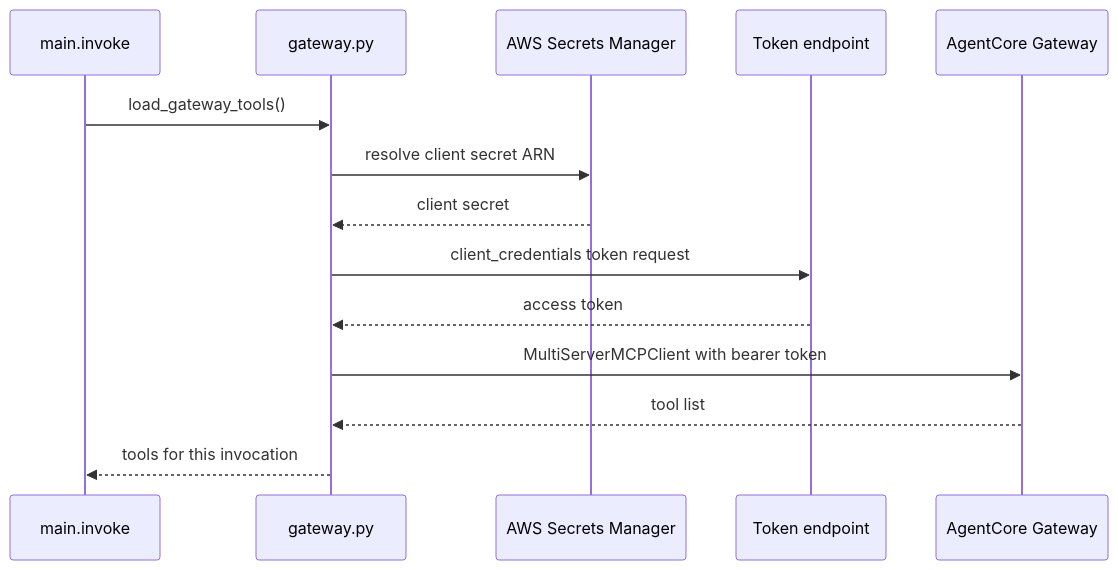
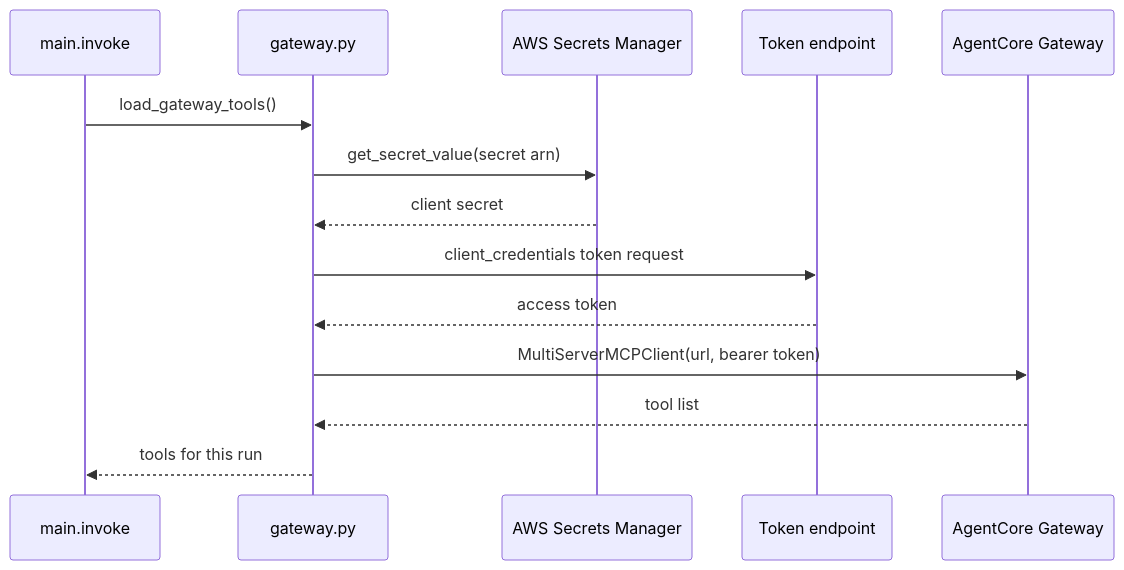
One commit to stevejgoodman/fionaa-aws changed the third of 3 diagrams in openwiki/integrations/agentcore-runtime-and-gateway.md. Above: the diagram before and after it, drawn with Mermaid. The commit also changed other lines of this file and 20 other files, not shown here.

````diff
--- a/openwiki/integrations/agentcore-runtime-and-gateway.md
+++ b/openwiki/integrations/agentcore-runtime-and-gateway.md
@@ -118,17 +134,17 @@
 ```mermaid
 sequenceDiagram
     participant Main as main.invoke
     participant Gateway as gateway.py
     participant Secrets as AWS Secrets Manager
     participant OAuth as Token endpoint
     participant MCP as AgentCore Gateway
 
     Main->>Gateway: load_gateway_tools()
-    Gateway->>Secrets: resolve client secret ARN
+    Gateway->>Secrets: get_secret_value(secret arn)
     Secrets-->>Gateway: client secret
     Gateway->>OAuth: client_credentials token request
     OAuth-->>Gateway: access token
-    Gateway->>MCP: MultiServerMCPClient with bearer token
+    Gateway->>MCP: MultiServerMCPClient(url, bearer token)
     MCP-->>Gateway: tool list
-    Gateway-->>Main: tools for this invocation
+    Gateway-->>Main: tools for this run
 ```
````
